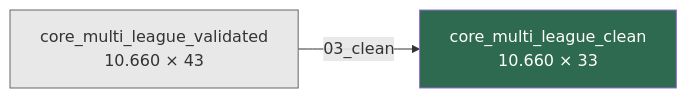
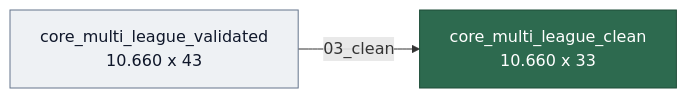
The diagram in docs/03_limpieza.md (jorgepais02/PitchLens), drawn with Mermaid before and after one commit. The commit also changed 8 other files, not shown here.

````diff
--- a/docs/03_limpieza.md
+++ b/docs/03_limpieza.md
@@ -10,7 +10,10 @@
 ```mermaid
 graph LR
-    A[core_multi_league_validated\n10.660 × 43] -->|03_clean| B[core_multi_league_clean\n10.660 × 33]
+    classDef src fill:#eef1f4,stroke:#64748b,color:#0f172a,stroke-width:1px
+    classDef out fill:#2d6a4f,stroke:#1f4d39,color:#ffffff,stroke-width:1px
 
-    style A fill:#e8e8e8,stroke:#666
-    style B fill:#2d6a4f,color:#fff
+    A[core_multi_league_validated<br/>10.660 x 43] -->|03_clean| B[core_multi_league_clean<br/>10.660 x 33]
+
+    class A src
+    class B out
 ```
````
